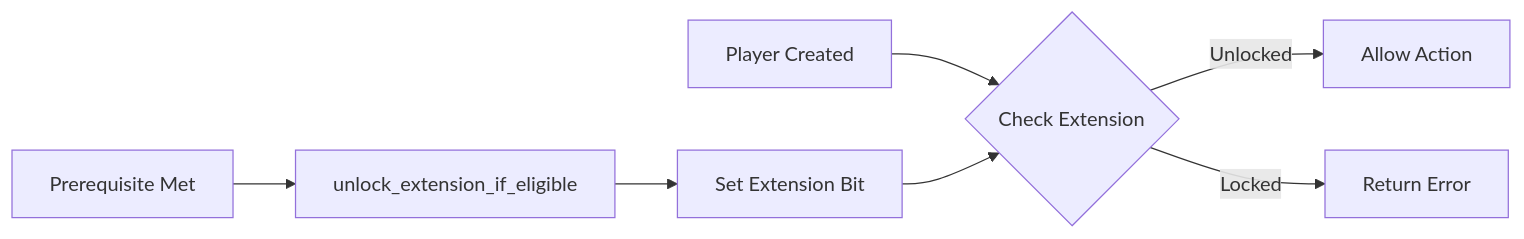
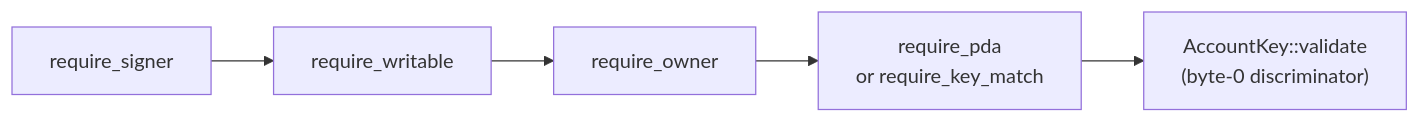
One commit to crypt0miester/novus-mundus changed the fourth of 9 diagrams in docs/onchain/01-architecture/overview.md. Above: the diagram before and after it, drawn with Mermaid. The commit also changed other lines of this file and 259 other files, not shown here.

````diff
--- a/docs/onchain/01-architecture/overview.md
+++ b/docs/onchain/01-architecture/overview.md
@@ -186,10 +239,7 @@
 ```mermaid
-graph LR
-    A[Player Created] --> B{Check Extension}
-    B -->|Unlocked| C[Allow Action]
-    B -->|Locked| D[Return Error]
-
-    E[Prerequisite Met] --> F[unlock_extension_if_eligible]
-    F --> G[Set Extension Bit]
-    G --> B
+flowchart LR
+    A[require_signer] --> B[require_writable]
+    B --> C[require_owner]
+    C --> D["require_pda<br/>or require_key_match"]
+    D --> E["AccountKey::validate<br/>(byte-0 discriminator)"]
 ```
````
